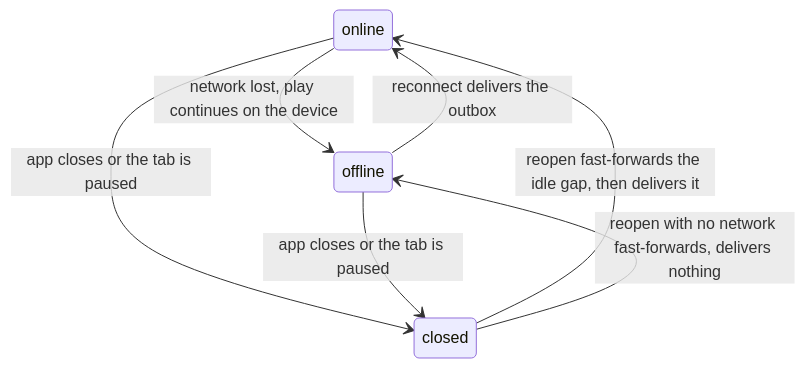
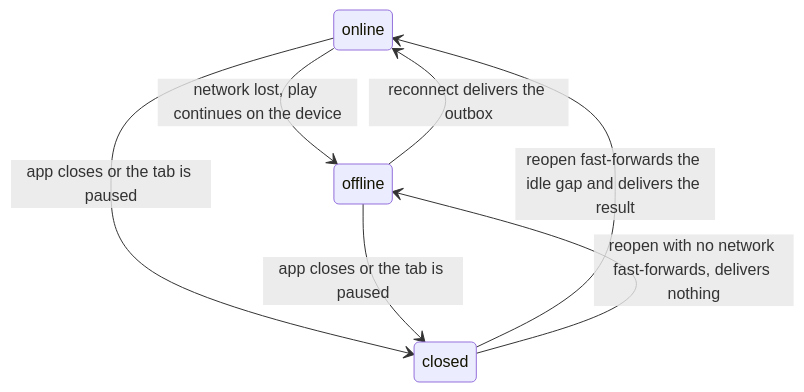
Before and after one commit to zgeoff/vers: the diagram in docs/architecture/game/offline-reconcile.md, drawn with Mermaid.

Commit message:
docs: name what a reopen delivers in the reconcile diagram

````diff
--- a/docs/architecture/game/offline-reconcile.md
+++ b/docs/architecture/game/offline-reconcile.md
@@ -13,9 +13,9 @@
 ```mermaid
 stateDiagram-v2
   online --> offline: network lost, play continues on the device
   offline --> online: reconnect delivers the outbox
   online --> closed: app closes or the tab is paused
   offline --> closed: app closes or the tab is paused
-  closed --> online: reopen fast-forwards the idle gap, then delivers it
+  closed --> online: reopen fast-forwards the idle gap and delivers the result
   closed --> offline: reopen with no network fast-forwards, delivers nothing
 ```
````
